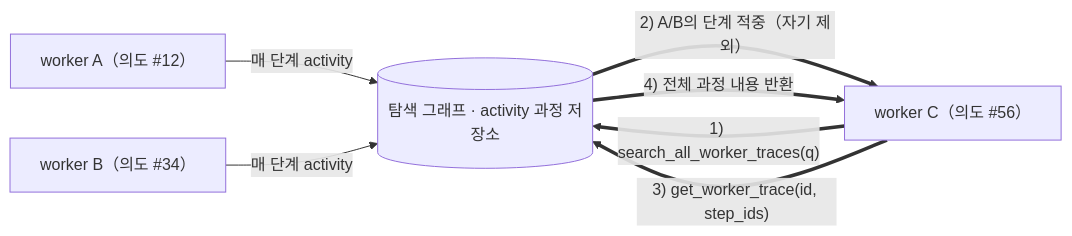
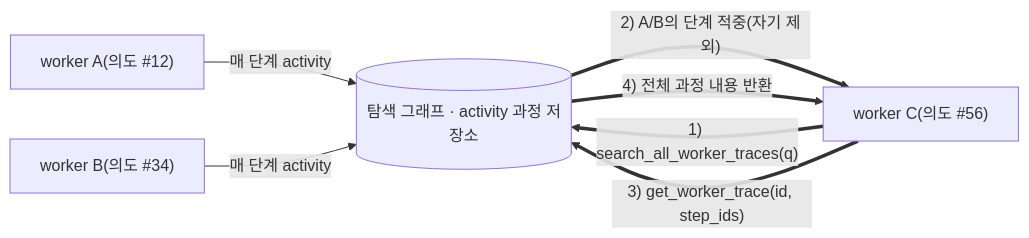
The fourth of 5 diagrams in README.ko.md (Doyoun510/ARTEX_ko), drawn with Mermaid before and after one commit. The commit also changed other lines of this file and 26 other files, not shown here.

````diff
--- a/README.ko.md
+++ b/README.ko.md
@@ -423,9 +423,9 @@
 ```mermaid
 flowchart LR
-  WA["worker A（의도 #12）"] -->|"매 단계 activity"| ACT[("탐색 그래프 · activity 과정 저장소")]
-  WB["worker B（의도 #34）"] -->|"매 단계 activity"| ACT
-  WC["worker C（의도 #56）"] ==>|"1) search_all_worker_traces(q)"| ACT
-  ACT ==>|"2) A/B의 단계 적중（자기 제외）"| WC
+  WA["worker A(의도 #12)"] -->|"매 단계 activity"| ACT[("탐색 그래프 · activity 과정 저장소")]
+  WB["worker B(의도 #34)"] -->|"매 단계 activity"| ACT
+  WC["worker C(의도 #56)"] ==>|"1) search_all_worker_traces(q)"| ACT
+  ACT ==>|"2) A/B의 단계 적중(자기 제외)"| WC
   WC ==>|"3) get_worker_trace(id, step_ids)"| ACT
   ACT ==>|"4) 전체 과정 내용 반환"| WC
 ```
````
